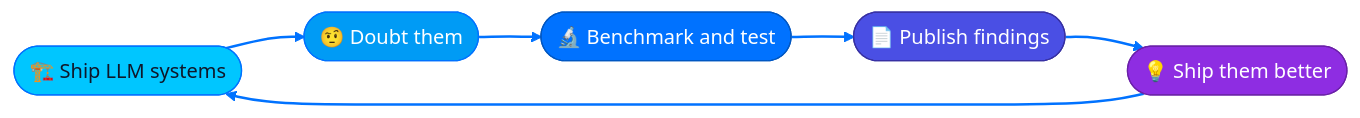
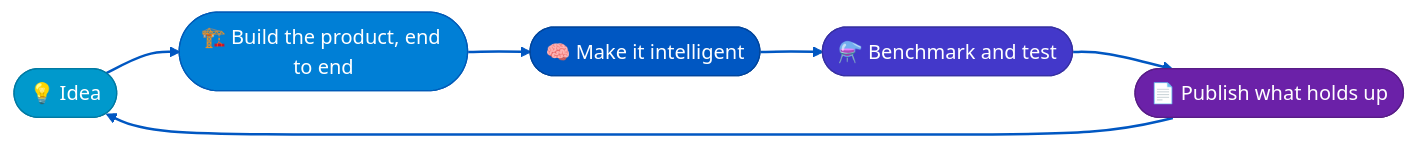
Before and after one commit to mmohajer9/mmohajer9: the diagram in README.md, drawn with Mermaid. The commit also changed other lines of this file, not shown here.

Commit message:
Recenter narrative on Mohammad's dual expertise; new banner, byline, abstract, and diagram

````diff
--- a/README.md
+++ b/README.md
@@ -25,14 +25,14 @@
 ```mermaid
 flowchart LR
-    A(["🏗️ Ship LLM systems"]) --> B(["🤨 Doubt them"])
-    B --> C(["🔬 Benchmark and test"])
-    C --> D(["📄 Publish findings"])
-    D --> E(["💡 Ship them better"])
+    A(["💡 Idea"]) --> B(["🏗️ Build the product, end to end"])
+    B --> C(["🧠 Make it intelligent"])
+    C --> D(["⚗️ Benchmark and test"])
+    D --> E(["📄 Publish what holds up"])
     E --> A
-    style A fill:#00c6ff,stroke:#0072ff,color:#0f172a
-    style B fill:#009bf5,stroke:#0072ff,color:#ffffff
-    style C fill:#0072ff,stroke:#0057c2,color:#ffffff
-    style D fill:#4a4fe4,stroke:#3730a3,color:#ffffff
-    style E fill:#8e2de2,stroke:#6b21a8,color:#ffffff
-    linkStyle default stroke:#0072ff,stroke-width:2px
+    style A fill:#0099cc,stroke:#007aa3,color:#ffffff
+    style B fill:#007fd6,stroke:#005bb8,color:#ffffff
+    style C fill:#0057c2,stroke:#00459c,color:#ffffff
+    style D fill:#4338ca,stroke:#3730a3,color:#ffffff
+    style E fill:#6b21a8,stroke:#581c87,color:#ffffff
+    linkStyle default stroke:#0057c2,stroke-width:2px
 ```
````
